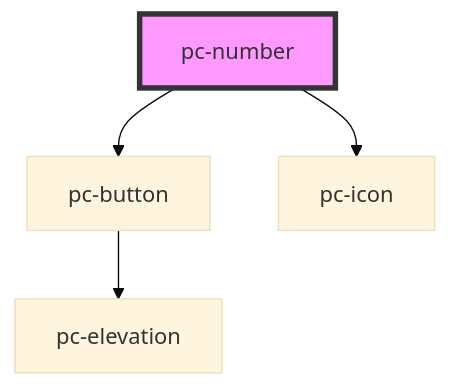
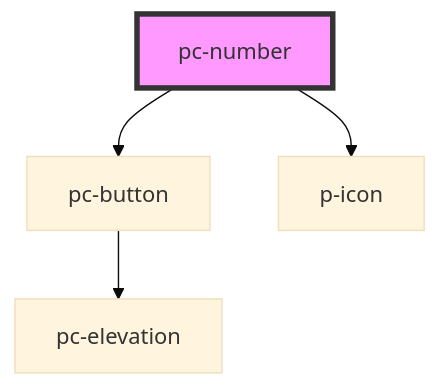
Before and after one commit to redvars/peacock: the diagram in src/components/input-controls/input/number/readme.md, drawn with Mermaid (base theme). The commit also changed other lines of this file and 94 other files, not shown here.

````diff
--- a/src/components/input-controls/input/number/readme.md
+++ b/src/components/input-controls/input/number/readme.md
@@ -87,7 +87,7 @@
 ```mermaid
 graph TD;
   pc-number --> pc-button
-  pc-number --> pc-icon
+  pc-number --> p-icon
   pc-button --> pc-elevation
   style pc-number fill:#f9f,stroke:#333,stroke-width:4px
 ```
````
